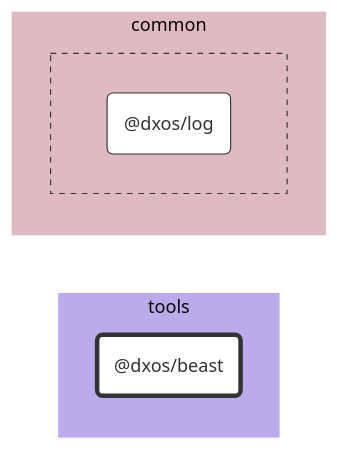
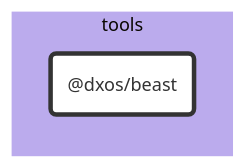
The diagram in tools/beast/docs/README.md (dxos/dxos), drawn with Mermaid (base theme) before and after one commit. The commit also changed 87 other files, not shown here.

````diff
--- a/tools/beast/docs/README.md
+++ b/tools/beast/docs/README.md
@@ -7,38 +7,20 @@
 ```mermaid
 %%{ init: {'flowchart':{'curve':'basis'}} }%%
 
 flowchart LR
 
-%% Links
+%% Classes
+classDef def fill:#fff,stroke:#333,stroke-width:1px
+classDef root fill:#fff,stroke:#333,stroke-width:4px
 
-%% Sections
-subgraph tools
-  style tools fill:#bbabed,stroke:#fff;
+%% Nodes
 
-  dxos/beast("@dxos/beast")
+subgraph tools [tools]
+  style tools fill:#bbabed,stroke:#fff
+  dxos/beast("@dxos/beast"):::root
+  click dxos/beast "dxos/dxos/tree/main/tools/beast/docs"
 end
 
-subgraph common
-  style common fill:#debac2,stroke:#fff;
-
-
-  subgraph common-excluded [ ]
-    style common-excluded fill:#debac2,stroke:#333,stroke-dasharray:5 5;
-
-    dxos/log("@dxos/log")
-  end
-end
-
-
-%% Hyperlinks
-click dxos/log "dxos/dxos/tree/main/packages/common/log/docs";
-
-%% Styles
-classDef rootNode fill:#fff,stroke:#333,stroke-width:4px
-classDef defaultNode fill:#fff,stroke:#333,stroke-width:1px
+%% Links
 linkStyle default stroke:#333,stroke-width:1px
-
-dxos/beast:::rootNode
-
-dxos/log:::defaultNode
 ```
````
